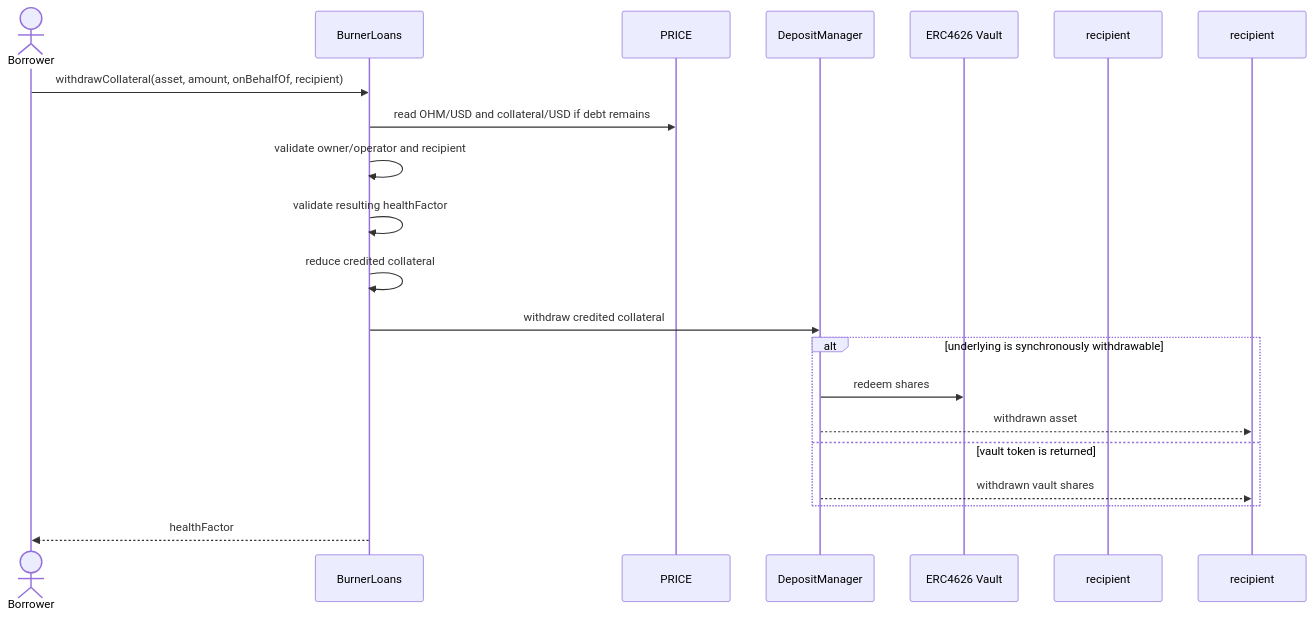
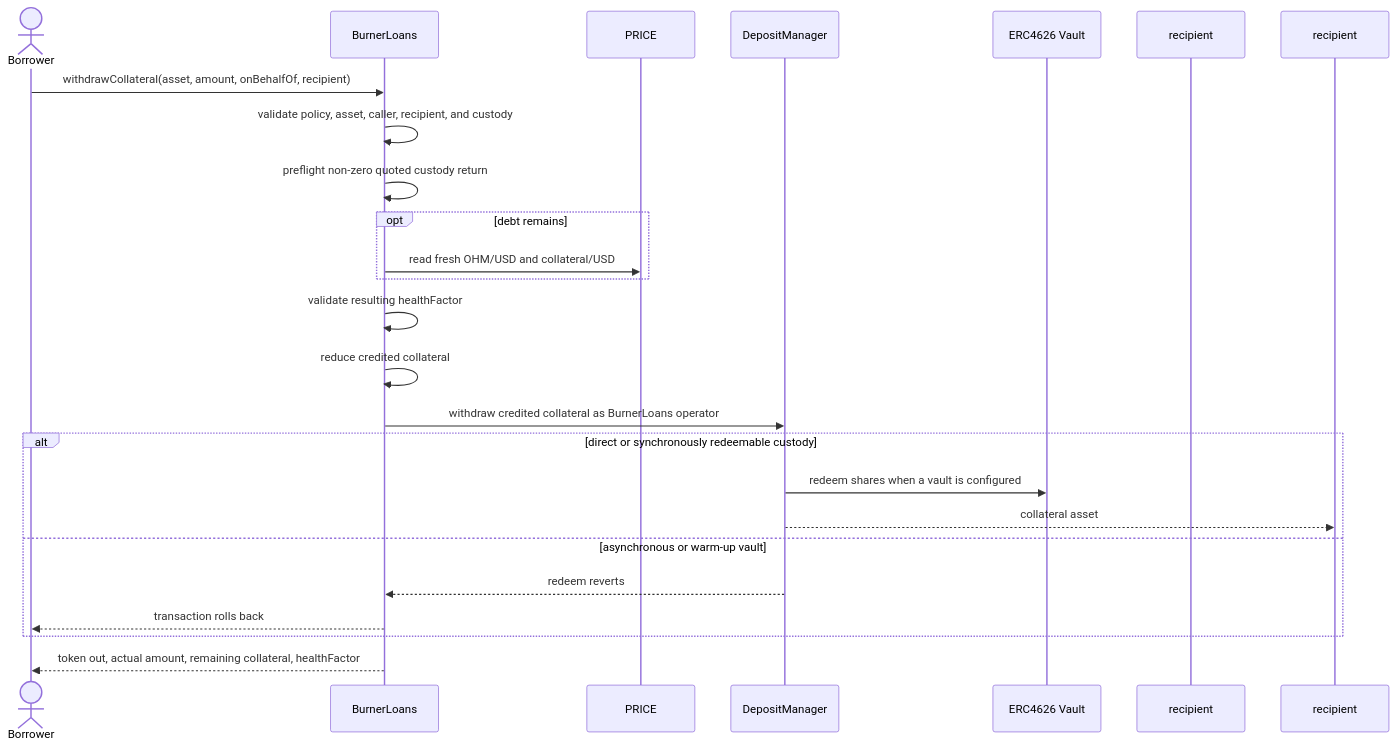
The fourth of 7 diagrams in documentation/burner_loans.md (OlympusDAO/olympus-v3), drawn with Mermaid before and after one commit. The commit also changed other lines of this file and 7 other files, not shown here.

Commit message:
feat(burner-loans): add collateral deposit and withdrawal

````diff
--- a/documentation/burner_loans.md
+++ b/documentation/burner_loans.md
@@ -108,23 +110,27 @@
 ```mermaid
 sequenceDiagram
     actor Borrower
     participant BurnerLoans
     participant PRICE
     participant DepositManager
     participant Vault as ERC4626 Vault
     participant Recipient as recipient
 
     Borrower->>BurnerLoans: withdrawCollateral(asset, amount, onBehalfOf, recipient)
-    BurnerLoans->>PRICE: read OHM/USD and collateral/USD if debt remains
-    BurnerLoans->>BurnerLoans: validate owner/operator and recipient
+    BurnerLoans->>BurnerLoans: validate policy, asset, caller, recipient, and custody
+    BurnerLoans->>BurnerLoans: preflight non-zero quoted custody return
+    opt debt remains
+        BurnerLoans->>PRICE: read fresh OHM/USD and collateral/USD
+    end
     BurnerLoans->>BurnerLoans: validate resulting healthFactor
     BurnerLoans->>BurnerLoans: reduce credited collateral
-    BurnerLoans->>DepositManager: withdraw credited collateral
-    alt underlying is synchronously withdrawable
-        DepositManager->>Vault: redeem shares
-        DepositManager-->>recipient: withdrawn asset
-    else vault token is returned
-        DepositManager-->>recipient: withdrawn vault shares
+    BurnerLoans->>DepositManager: withdraw credited collateral as BurnerLoans operator
+    alt direct or synchronously redeemable custody
+        DepositManager->>Vault: redeem shares when a vault is configured
+        DepositManager-->>recipient: collateral asset
+    else asynchronous or warm-up vault
+        DepositManager-->>BurnerLoans: redeem reverts
+        BurnerLoans-->>Borrower: transaction rolls back
     end
-    BurnerLoans-->>Borrower: healthFactor
+    BurnerLoans-->>Borrower: token out, actual amount, remaining collateral, healthFactor
 ```
````
